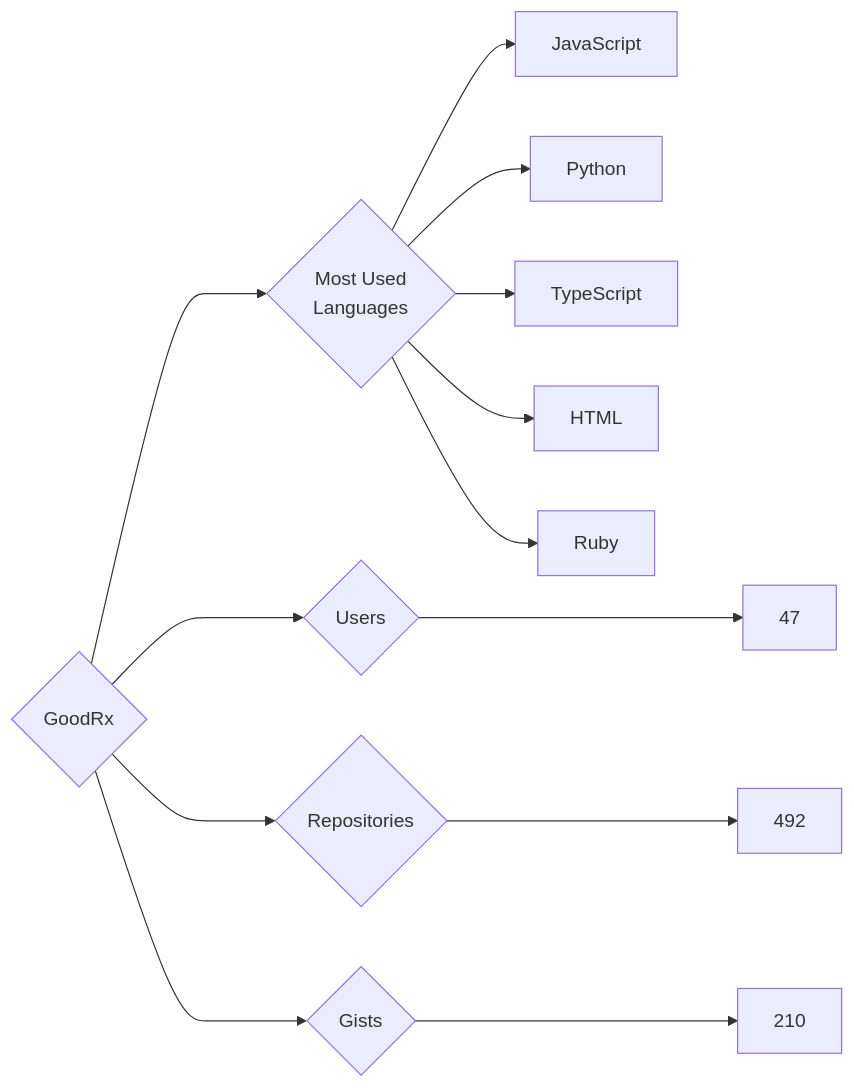
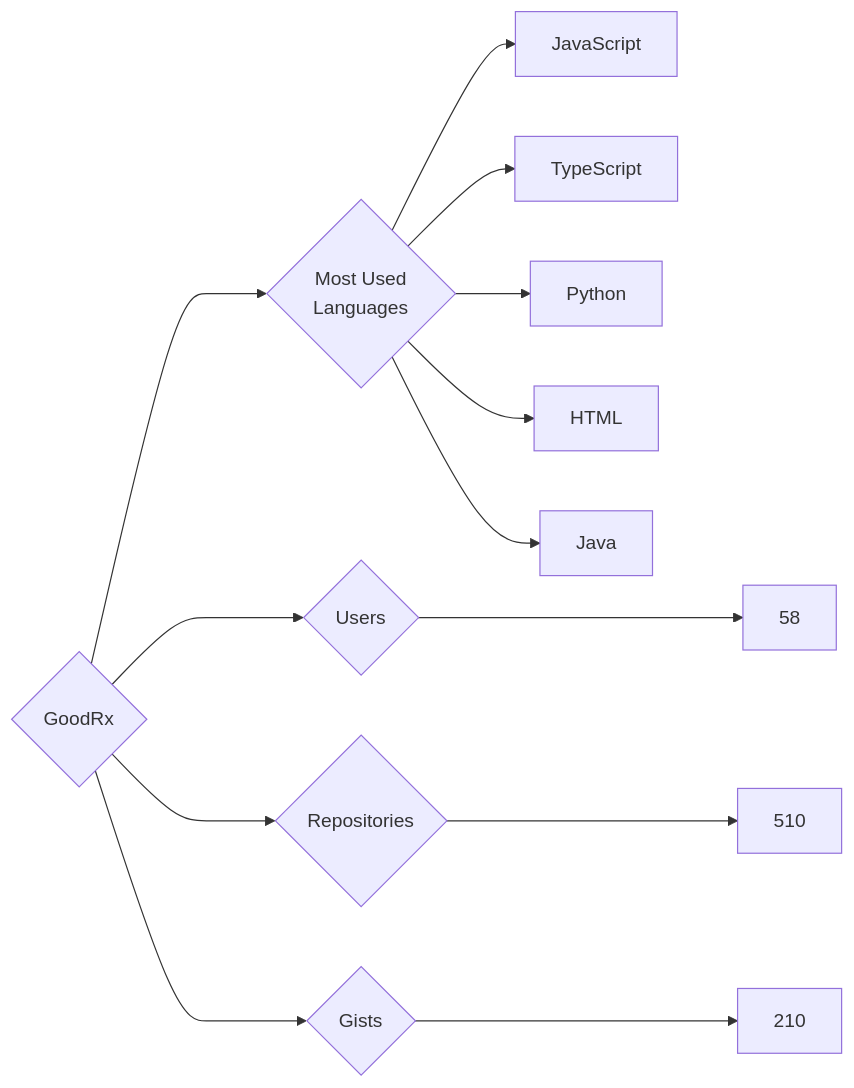
The diagram in targets/GoodRx/README.md (trickest/insiders), drawn with Mermaid before and after one commit. The commit also changed 874 other files, not shown here.

````diff
--- a/targets/GoodRx/README.md
+++ b/targets/GoodRx/README.md
@@ -3,13 +3,13 @@
 ```mermaid
 graph LR
 COMPANY_NAME{GoodRx}
-COMPANY_NAME ---> U{Users} ---> UN[47]
-COMPANY_NAME ---> R{Repositories} ---> RN[492]
+COMPANY_NAME ---> U{Users} ---> UN[58]
+COMPANY_NAME ---> R{Repositories} ---> RN[510]
 COMPANY_NAME ---> G{Gists} ---> GN[210]
 COMPANY_NAME ---> ML{Most Used<br>Languages}
 ML --> JavaScript[JavaScript]
+ML --> TypeScript[TypeScript]
 ML --> Python[Python]
-ML --> TypeScript[TypeScript]
 ML --> HTML[HTML]
-ML --> Ruby[Ruby]
+ML --> Java[Java]
 ```
````
